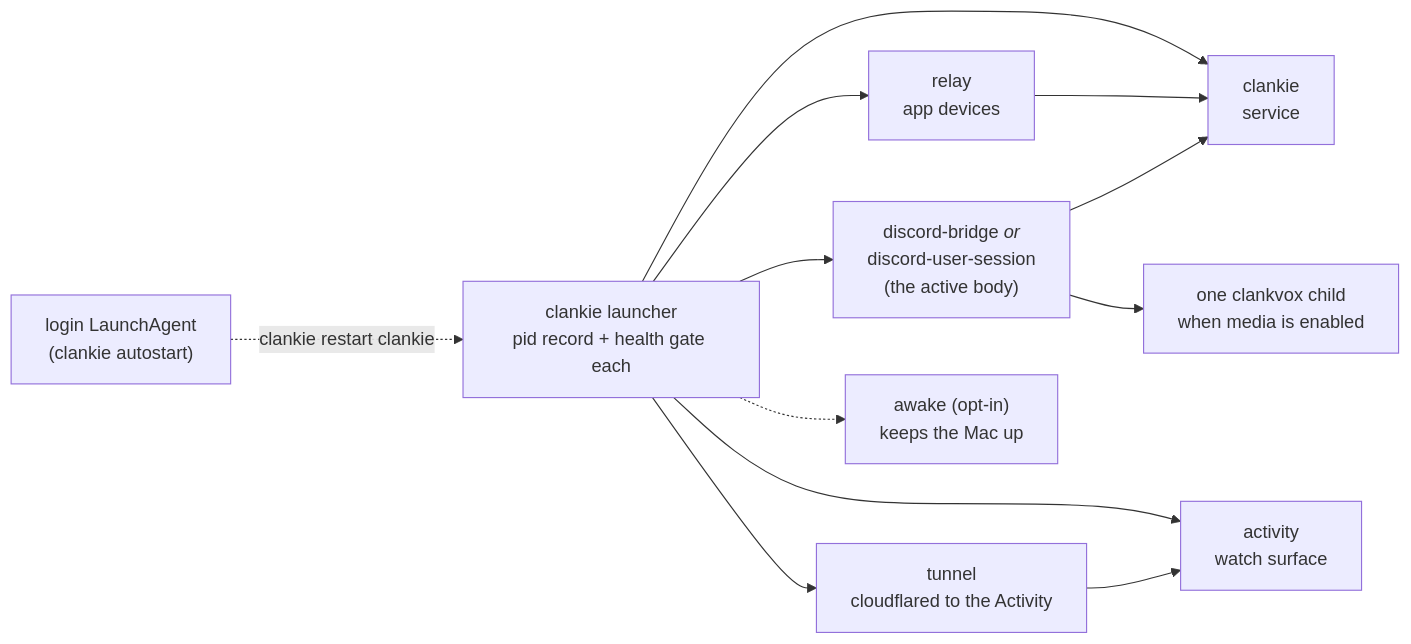
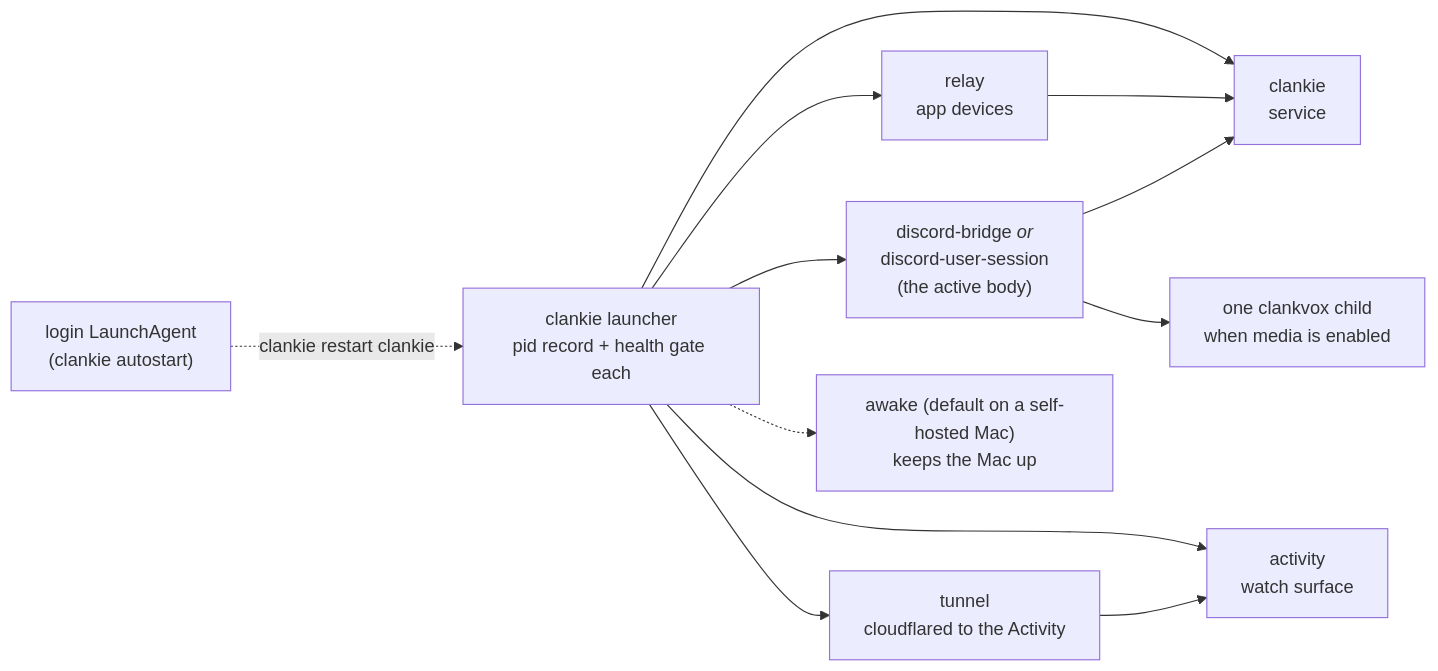
The diagram in apps/tui/README.md (Volpestyle/clankie), drawn with Mermaid before and after one commit. The commit also changed 6 other files, not shown here.

First line of the commit message:
docs: correct hosted transfer, joined hires and keep-awake before v0.4.7

````diff
--- a/apps/tui/README.md
+++ b/apps/tui/README.md
@@ -121,14 +121,14 @@
 ```mermaid
 flowchart LR
   Launcher["clankie launcher<br/>pid record + health gate each"] --> Service["clankie<br/>service"]
   Launcher --> Relay["relay<br/>app devices"]
   Launcher --> Mouth["discord-bridge <i>or</i><br/>discord-user-session<br/>(the active body)"]
   Launcher --> Activity["activity<br/>watch surface"]
   Launcher --> Tunnel["tunnel<br/>cloudflared to the Activity"]
-  Launcher -.-> Awake["awake (opt-in)<br/>keeps the Mac up"]
+  Launcher -.-> Awake["awake (default on a self-hosted Mac)<br/>keeps the Mac up"]
   Relay --> Service
   Mouth --> Service
   Mouth --> Vox["one clankvox child<br/>when media is enabled"]
   Tunnel --> Activity
   LaunchAgent["login LaunchAgent<br/>(clankie autostart)"] -.->|"clankie restart clankie"| Launcher
 ```
````
